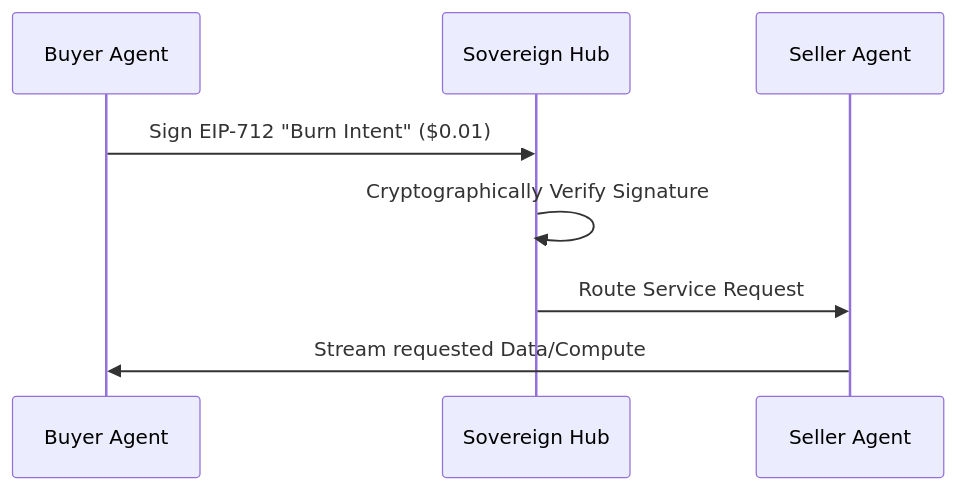
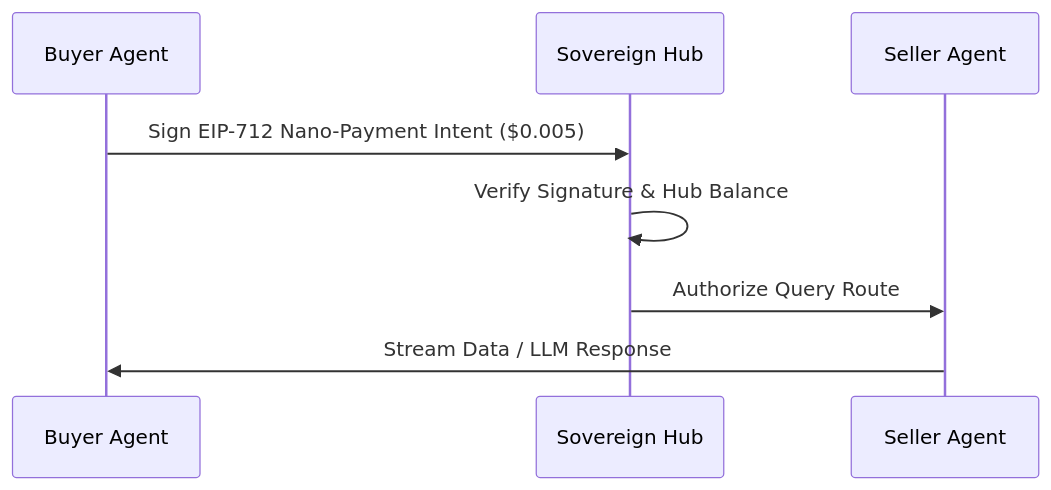
One commit to ay-web3/arc-agent-economy changed the second of 4 diagrams in README.md. Above: the diagram before and after it, drawn with Mermaid. The commit also changed other lines of this file, not shown here.

Commit message:
docs: orient entire README around the core theme of USDC nano-payments for AI agents

````diff
--- a/README.md
+++ b/README.md
@@ -50,11 +55,11 @@
 ```mermaid
 sequenceDiagram
     participant Buyer as Buyer Agent
     participant Hub as Sovereign Hub
     participant Seller as Seller Agent
     
-    Buyer->>Hub: Sign EIP-712 "Burn Intent" ($0.01)
-    Hub->>Hub: Cryptographically Verify Signature
-    Hub->>Seller: Route Service Request
-    Seller->>Buyer: Stream requested Data/Compute
+    Buyer->>Hub: Sign EIP-712 Nano-Payment Intent ($0.005)
+    Hub->>Hub: Verify Signature & Hub Balance
+    Hub->>Seller: Authorize Query Route
+    Seller->>Buyer: Stream Data / LLM Response
 ```
````
